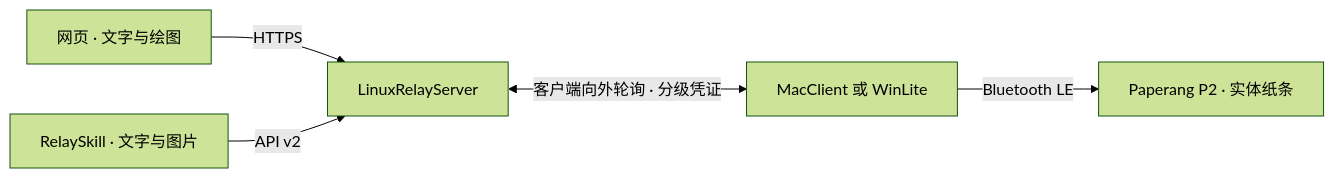
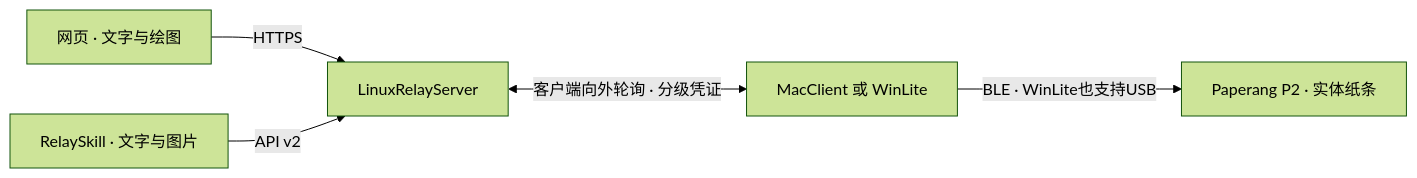
Before and after one commit to ELT17604/Paperang-Studio: the diagram in doc/README.zh-CN.md, drawn with Mermaid (forest theme). The commit also changed other lines of this file and 62 other files, not shown here.

````diff
--- a/doc/README.zh-CN.md
+++ b/doc/README.zh-CN.md
@@ -32,7 +34,7 @@
 ```mermaid
 flowchart LR
     Browser["网页 · 文字与绘图"] -->|HTTPS| Relay["LinuxRelayServer"]
     Skill["RelaySkill · 文字与图片"] -->|API v2| Relay
     Relay <-->|"客户端向外轮询 · 分级凭证"| Receiver["MacClient 或 WinLite"]
-    Receiver -->|Bluetooth LE| P2["Paperang P2 · 实体纸条"]
+    Receiver -->|"BLE · WinLite也支持USB"| P2["Paperang P2 · 实体纸条"]
 ```
````
